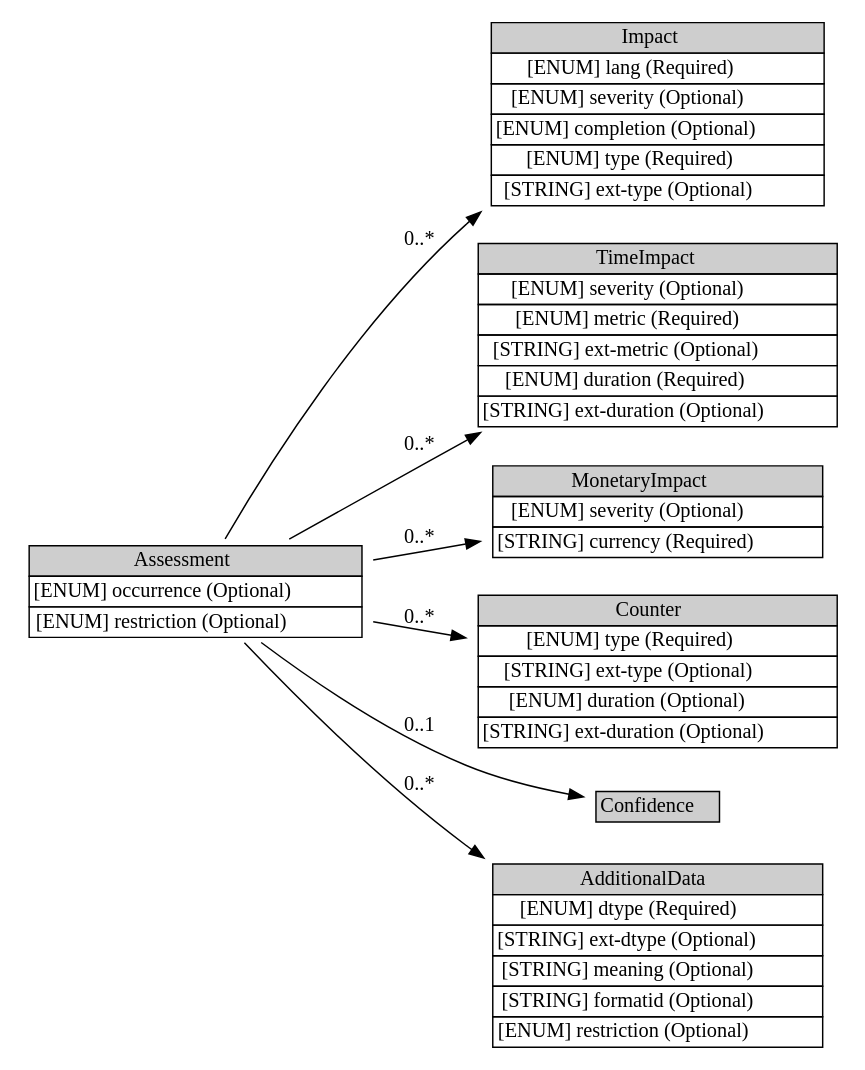
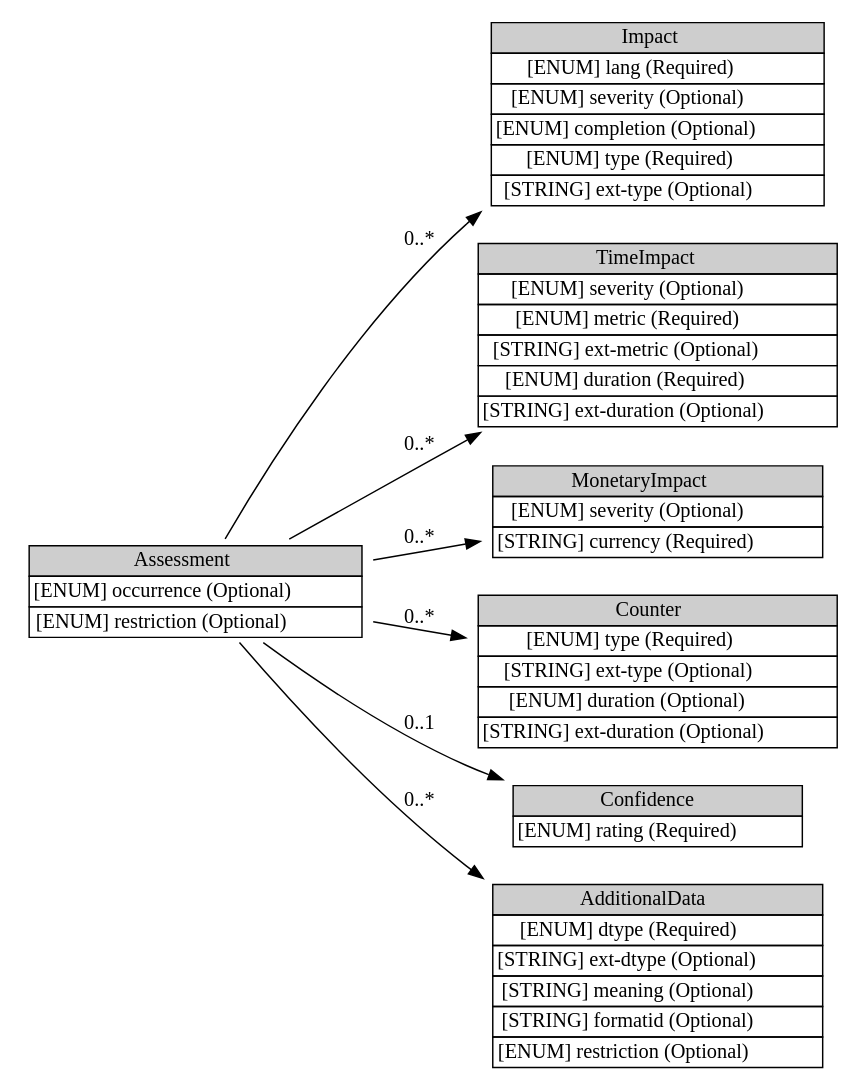
The diagram in iodef/graph/Assessment.dot (Moutix/idmef_parser), drawn with Graphviz before and after one commit. The commit also changed 38 other files, not shown here.

Commit message:
Add confidence attribute

```diff
--- a/iodef/graph/Assessment.dot
+++ b/iodef/graph/Assessment.dot
@@ -1,18 +1,18 @@
 digraph Assessment {
 	graph [rankdir=LR];
 	node [label="\N"];
-	graph [bb="0,0,556,686"];
-	Assessment [label=<<table BORDER="0" CELLBORDER="1" CELLSPACING="0"> <tr > <td BGCOLOR="#CECECE" HREF="#" TITLE="The Assessment class describes the technical and non-technical repercussions of the incident on the CSIRT&#39;s constituency. ">Assessment</td> </tr>" %<tr><td HREF="#" TITLE="Specifies whether the assessment is describing actual or potential outcomes.  The default is &quot;actual&quot; and is assumed if not specified.">[ENUM] occurrence (Optional) </td></tr>%<tr><td HREF="#" TITLE="This attribute is defined in Section 3.2.">[ENUM] restriction (Optional) </td></tr>%</table>>, shape=plaintext, pos="117,307", width="3.25", height="0.95833"];
-	Impact [label=<<table BORDER="0" CELLBORDER="1" CELLSPACING="0"> <tr > <td BGCOLOR="#CECECE" HREF="#" TITLE="The Impact class allows for categorizing and describing the technical impact of the incident on the network of an organization. ">Impact</td> </tr>" %<tr><td HREF="#" TITLE="A valid language code per RFC 4646 [7] constrained by the definition of &quot;xs:language&quot;.  The interpretation of this code is described in Section 6.">[ENUM] lang (Required) </td></tr>%<tr><td HREF="#" TITLE="An estimate of the relative severity of the activity.  The permitted values are shown below.  There is no default value.">[ENUM] severity (Optional) </td></tr>%<tr><td HREF="#" TITLE="An indication whether the described activity was successful.  The permitted values are shown below.  There is no default value.">[ENUM] completion (Optional) </td></tr>%<tr><td HREF="#" TITLE="Classifies the malicious activity into incident categories.  The permitted values are shown below.  The default value is &quot;other&quot;.">[ENUM] type (Required) </td></tr>%<tr><td HREF="#" TITLE="A means by which to extend the type attribute. See Section 5.1.">[STRING] ext-type (Optional) </td></tr>%</table>>, shape=plaintext, pos="427,622", width="3.25", height="1.7917"];
-	TimeImpact [label=<<table BORDER="0" CELLBORDER="1" CELLSPACING="0"> <tr > <td BGCOLOR="#CECECE" HREF="#" TITLE="The TimeImpact class describes the impact of the incident on an organization as a function of time. It provides a way to convey down time and recovery time. ">TimeImpact</td> </tr>" %<tr><td HREF="#" TITLE="An estimate of the relative severity of the activity.  The permitted values are shown below.  There is no default value.">[ENUM] severity (Optional) </td></tr>%<tr><td HREF="#" TITLE="Defines the metric in which the time is expressed.  The permitted values are shown below.  There is no default value.">[ENUM] metric (Required) </td></tr>%<tr><td HREF="#" TITLE="A means by which to extend the metric attribute.  See Section 5.1.">[STRING] ext-metric (Optional) </td></tr>%<tr><td HREF="#" TITLE="Defines a unit of time, that when combined with the metric attribute, fully describes a metric of impact that will be conveyed in the element content.  The permitted values are shown below.  The default value is &quot;hour&quot;.">[ENUM] duration (Required) </td></tr>%<tr><td HREF="#" TITLE="A means by which to extend the duration attribute.  See Section 5.1.">[STRING] ext-duration (Optional) </td></tr>%</table>>, shape=plaintext, pos="427,476", width="3.5556", height="1.7917"];
-	MonetaryImpact [label=<<table BORDER="0" CELLBORDER="1" CELLSPACING="0"> <tr > <td BGCOLOR="#CECECE" HREF="#" TITLE="The MonetaryImpact class describes the financial impact of the activity on an organization. For example, this impact may consider losses due to the cost of the investigation or recovery, diminished ">MonetaryImpact</td> </tr>" %<tr><td HREF="#" TITLE="An estimate of the relative severity of the activity.  The permitted values are shown below.  There is no default value.">[ENUM] severity (Optional) </td></tr>%<tr><td HREF="#" TITLE="Defines the currency in which the monetary impact is expressed.  The permitted values are defined in ISO 4217:2001, Codes for the representation of currencies and funds [14].  There is no default value.">[STRING] currency (Required) </td></tr>%</table>>, shape=plaintext, pos="427,360", width="3.2222", height="0.95833"];
-	Counter [label=<<table BORDER="0" CELLBORDER="1" CELLSPACING="0"> <tr > <td BGCOLOR="#CECECE" HREF="#" TITLE="The Counter class summarize multiple occurrences of some event, or conveys counts or rates on various features (e.g., packets, sessions, events). ">Counter</td> </tr>" %<tr><td HREF="#" TITLE="Specifies the units of the element content.">[ENUM] type (Required) </td></tr>%<tr><td HREF="#" TITLE="A means by which to extend the type attribute. See Section 5.1.">[STRING] ext-type (Optional) </td></tr>%<tr><td HREF="#" TITLE="If present, the Counter class represents a rate rather than a count over the entire event.  In that case, this attribute specifies the denominator of the rate (where the type attribute specified the nominator).  The possible values of this attribute are defined in Section 3.10.2">[ENUM] duration (Optional) </td></tr>%<tr><td HREF="#" TITLE="A means by which to extend the duration attribute.  See Section 5.1.">[STRING] ext-duration (Optional) </td></tr>%</table>>, shape=plaintext, pos="427,254", width="3.5556", height="1.5139"];
-	Confidence [label=<<table BORDER="0" CELLBORDER="1" CELLSPACING="0"> <tr > <td BGCOLOR="#CECECE" HREF="#" TITLE="The Confidence class represents a best estimate of the validity and accuracy of the described impact (see Section 3.10) of the incident activity. This estimate can be expressed as a category or a numeric calculation. ">Confidence</td> </tr>" %</table>>, shape=plaintext, pos="427,164", width="1.3611", height="0.5"];
+	graph [bb="0,0,556,698"];
+	Assessment [label=<<table BORDER="0" CELLBORDER="1" CELLSPACING="0"> <tr > <td BGCOLOR="#CECECE" HREF="#" TITLE="The Assessment class describes the technical and non-technical repercussions of the incident on the CSIRT&#39;s constituency. ">Assessment</td> </tr>" %<tr><td HREF="#" TITLE="Specifies whether the assessment is describing actual or potential outcomes.  The default is &quot;actual&quot; and is assumed if not specified.">[ENUM] occurrence (Optional) </td></tr>%<tr><td HREF="#" TITLE="This attribute is defined in Section 3.2.">[ENUM] restriction (Optional) </td></tr>%</table>>, shape=plaintext, pos="117,319", width="3.25", height="0.95833"];
+	Impact [label=<<table BORDER="0" CELLBORDER="1" CELLSPACING="0"> <tr > <td BGCOLOR="#CECECE" HREF="#" TITLE="The Impact class allows for categorizing and describing the technical impact of the incident on the network of an organization. ">Impact</td> </tr>" %<tr><td HREF="#" TITLE="A valid language code per RFC 4646 [7] constrained by the definition of &quot;xs:language&quot;.  The interpretation of this code is described in Section 6.">[ENUM] lang (Required) </td></tr>%<tr><td HREF="#" TITLE="An estimate of the relative severity of the activity.  The permitted values are shown below.  There is no default value.">[ENUM] severity (Optional) </td></tr>%<tr><td HREF="#" TITLE="An indication whether the described activity was successful.  The permitted values are shown below.  There is no default value.">[ENUM] completion (Optional) </td></tr>%<tr><td HREF="#" TITLE="Classifies the malicious activity into incident categories.  The permitted values are shown below.  The default value is &quot;other&quot;.">[ENUM] type (Required) </td></tr>%<tr><td HREF="#" TITLE="A means by which to extend the type attribute. See Section 5.1.">[STRING] ext-type (Optional) </td></tr>%</table>>, shape=plaintext, pos="427,634", width="3.25", height="1.7917"];
+	TimeImpact [label=<<table BORDER="0" CELLBORDER="1" CELLSPACING="0"> <tr > <td BGCOLOR="#CECECE" HREF="#" TITLE="The TimeImpact class describes the impact of the incident on an organization as a function of time. It provides a way to convey down time and recovery time. ">TimeImpact</td> </tr>" %<tr><td HREF="#" TITLE="An estimate of the relative severity of the activity.  The permitted values are shown below.  There is no default value.">[ENUM] severity (Optional) </td></tr>%<tr><td HREF="#" TITLE="Defines the metric in which the time is expressed.  The permitted values are shown below.  There is no default value.">[ENUM] metric (Required) </td></tr>%<tr><td HREF="#" TITLE="A means by which to extend the metric attribute.  See Section 5.1.">[STRING] ext-metric (Optional) </td></tr>%<tr><td HREF="#" TITLE="Defines a unit of time, that when combined with the metric attribute, fully describes a metric of impact that will be conveyed in the element content.  The permitted values are shown below.  The default value is &quot;hour&quot;.">[ENUM] duration (Required) </td></tr>%<tr><td HREF="#" TITLE="A means by which to extend the duration attribute.  See Section 5.1.">[STRING] ext-duration (Optional) </td></tr>%</table>>, shape=plaintext, pos="427,488", width="3.5556", height="1.7917"];
+	MonetaryImpact [label=<<table BORDER="0" CELLBORDER="1" CELLSPACING="0"> <tr > <td BGCOLOR="#CECECE" HREF="#" TITLE="The MonetaryImpact class describes the financial impact of the activity on an organization. For example, this impact may consider losses due to the cost of the investigation or recovery, diminished ">MonetaryImpact</td> </tr>" %<tr><td HREF="#" TITLE="An estimate of the relative severity of the activity.  The permitted values are shown below.  There is no default value.">[ENUM] severity (Optional) </td></tr>%<tr><td HREF="#" TITLE="Defines the currency in which the monetary impact is expressed.  The permitted values are defined in ISO 4217:2001, Codes for the representation of currencies and funds [14].  There is no default value.">[STRING] currency (Required) </td></tr>%</table>>, shape=plaintext, pos="427,372", width="3.2222", height="0.95833"];
+	Counter [label=<<table BORDER="0" CELLBORDER="1" CELLSPACING="0"> <tr > <td BGCOLOR="#CECECE" HREF="#" TITLE="The Counter class summarize multiple occurrences of some event, or conveys counts or rates on various features (e.g., packets, sessions, events). ">Counter</td> </tr>" %<tr><td HREF="#" TITLE="Specifies the units of the element content.">[ENUM] type (Required) </td></tr>%<tr><td HREF="#" TITLE="A means by which to extend the type attribute. See Section 5.1.">[STRING] ext-type (Optional) </td></tr>%<tr><td HREF="#" TITLE="If present, the Counter class represents a rate rather than a count over the entire event.  In that case, this attribute specifies the denominator of the rate (where the type attribute specified the nominator).  The possible values of this attribute are defined in Section 3.10.2">[ENUM] duration (Optional) </td></tr>%<tr><td HREF="#" TITLE="A means by which to extend the duration attribute.  See Section 5.1.">[STRING] ext-duration (Optional) </td></tr>%</table>>, shape=plaintext, pos="427,266", width="3.5556", height="1.5139"];
+	Confidence [label=<<table BORDER="0" CELLBORDER="1" CELLSPACING="0"> <tr > <td BGCOLOR="#CECECE" HREF="#" TITLE="The Confidence class represents a best estimate of the validity and accuracy of the described impact (see Section 3.10) of the incident activity. This estimate can be expressed as a category or a numeric calculation. ">Confidence</td> </tr>" %<tr><td HREF="#" TITLE="A rating of the analytical validity of the specified Assessment.  The permitted values are shown below. There is no default value.">[ENUM] rating (Required) </td></tr>%</table>>, shape=plaintext, pos="427,170", width="2.8056", height="0.68056"];
 	AdditionalData [label=<<table BORDER="0" CELLBORDER="1" CELLSPACING="0"> <tr > <td BGCOLOR="#CECECE" HREF="#" TITLE="The AdditionalData class serves as an extension mechanism for information not otherwise represented in the data model. For relatively simple information, atomic data types (e.g., integers, strings) are provided with a mechanism to annotate their meaning. The class can also be used to extend the data model (and the associated Schema) to support proprietary extensions by encapsulating entire XML documents conforming to another Schema (e.g., IDMEF). A detailed discussion for extending the data model and the schema can be found in Section 5. ">AdditionalData</td> </tr>" %<tr><td HREF="#" TITLE="The data type of the element content.  The permitted values for this attribute are shown below.  The default value is &quot;string&quot;.">[ENUM] dtype (Required) </td></tr>%<tr><td HREF="#" TITLE="A means by which to extend the dtype attribute.  See Section 5.1.">[STRING] ext-dtype (Optional) </td></tr>%<tr><td HREF="#" TITLE="A free-form description of the element content.">[STRING] meaning (Optional) </td></tr>%<tr><td HREF="#" TITLE="An identifier referencing the format and semantics of the element content.">[STRING] formatid (Optional) </td></tr>%<tr><td HREF="#" TITLE="This attribute has been defined in Section 3.2.">[ENUM] restriction (Optional) </td></tr>%</table>>, shape=plaintext, pos="427,64", width="3.2778", height="1.7917"];
-	Assessment -> Impact [label="0..*", pos="e,309.78,558.7 136.4,341.4 166.09,391.79 226.92,486.43 298,549 299.29,550.14 300.61,551.27 301.94,552.39", lp="266,534.5"];
-	Assessment -> TimeImpact [label="0..*", pos="e,309.49,411.94 179.73,341.2 214.5,360.15 259.01,384.42 300.66,407.12", lp="266,399.5"];
-	Assessment -> MonetaryImpact [label="0..*", pos="e,310.41,340.07 234.2,327.04 255.83,330.74 278.51,334.61 300.41,338.36", lp="266,341.5"];
-	Assessment -> Counter [label="0..*", pos="e,298.49,275.97 234.2,286.96 251.92,283.93 270.34,280.78 288.46,277.69", lp="266,291.5"];
-	Assessment -> Confidence [label="0..1", pos="e,377.36,170.07 160.24,272.84 195.43,246.69 247.39,211.69 298,191 319.86,182.06 345.05,175.94 367.35,171.82", lp="266,219.5"];
-	Assessment -> AdditionalData [label="0..*", pos="e,310.86,128.03 148.15,273 182.58,236.6 240.77,178.51 298,137 299.43,135.96 300.88,134.93 302.34,133.89", lp="266,178.5"];
+	Assessment -> Impact [label="0..*", pos="e,309.78,570.7 136.4,353.4 166.09,403.79 226.92,498.43 298,561 299.29,562.14 300.61,563.27 301.94,564.39", lp="266,546.5"];
+	Assessment -> TimeImpact [label="0..*", pos="e,309.49,423.94 179.73,353.2 214.5,372.15 259.01,396.42 300.66,419.12", lp="266,411.5"];
+	Assessment -> MonetaryImpact [label="0..*", pos="e,310.41,352.07 234.2,339.04 255.83,342.74 278.51,346.61 300.41,350.36", lp="266,353.5"];
+	Assessment -> Counter [label="0..*", pos="e,298.49,287.97 234.2,298.96 251.92,295.93 270.34,292.78 288.46,289.69", lp="266,303.5"];
+	Assessment -> Confidence [label="0..1", pos="e,325.94,192.51 161.22,284.92 196.54,259.17 248.2,224.66 298,203 303.84,200.46 309.92,198.08 316.12,195.87", lp="266,231.5"];
+	Assessment -> AdditionalData [label="0..*", pos="e,310.35,128 145.96,284.67 179.83,245.83 238.83,182.13 298,137 299.37,135.95 300.76,134.91 302.16,133.88", lp="266,180.5"];
 }
```
